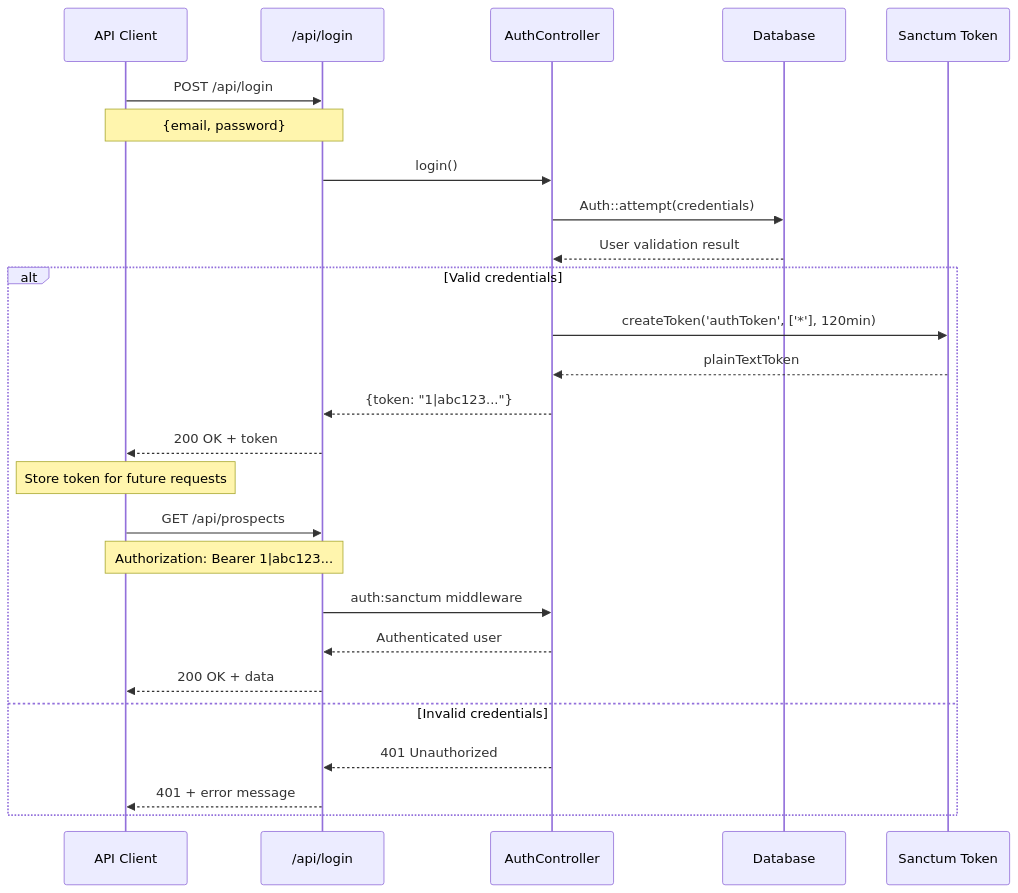
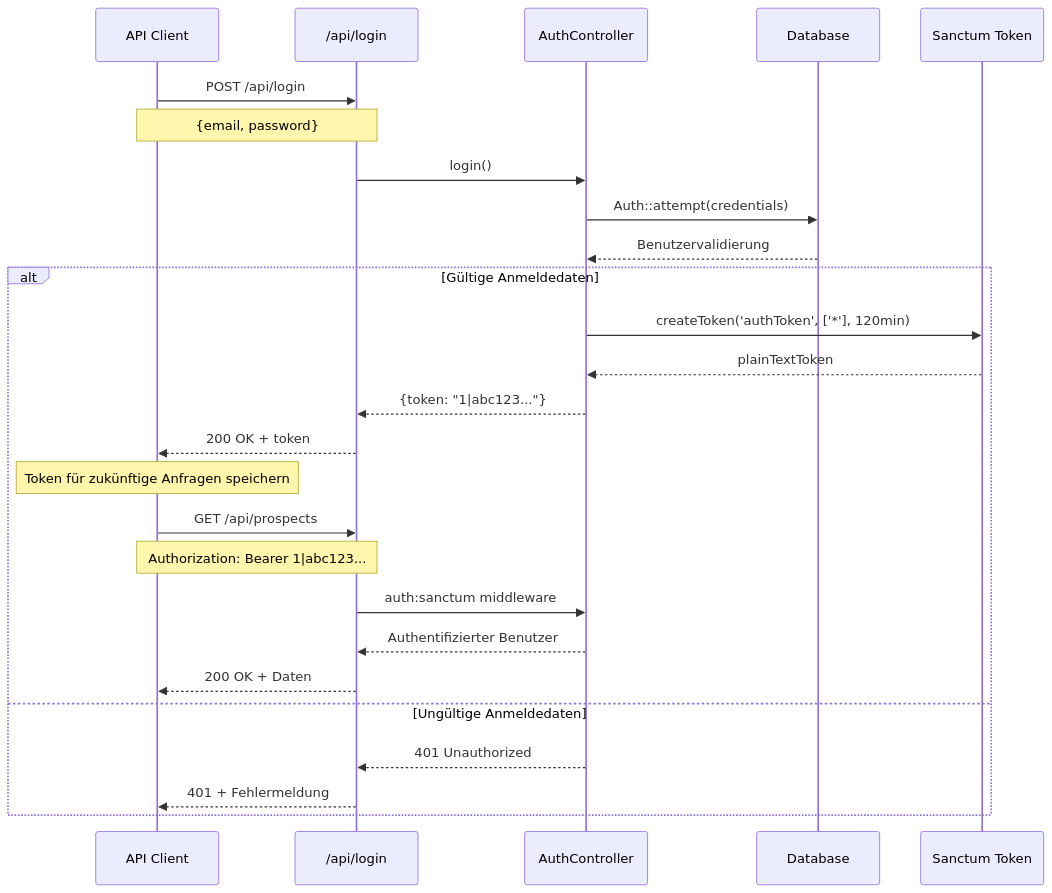
Before and after one commit to chrisoco/APDE_BE: the first of 2 diagrams in docs/src/Auth.md, drawn with Mermaid. The commit also changed other lines of this file and 14 other files, not shown here.

````diff
--- a/docs/src/Auth.md
+++ b/docs/src/Auth.md
@@ -15,32 +15,32 @@
 ```mermaid
 sequenceDiagram
     participant Client as API Client
     participant API as /api/login
     participant Auth as AuthController
     participant DB as Database
     participant Token as Sanctum Token
 
     Client->>API: POST /api/login
     Note over Client,API: {email, password}
-    
+
     API->>Auth: login()
     Auth->>DB: Auth::attempt(credentials)
-    DB-->>Auth: User validation result
-    
-    alt Valid credentials
+    DB-->>Auth: Benutzervalidierung
+
+    alt Gültige Anmeldedaten
         Auth->>Token: createToken('authToken', ['*'], 120min)
         Token-->>Auth: plainTextToken
         Auth-->>API: {token: "1|abc123..."}
         API-->>Client: 200 OK + token
-        Note over Client: Store token for future requests
-        
+        Note over Client: Token für zukünftige Anfragen speichern
+
         Client->>API: GET /api/prospects
         Note over Client,API: Authorization: Bearer 1|abc123...
         API->>Auth: auth:sanctum middleware
-        Auth-->>API: Authenticated user
-        API-->>Client: 200 OK + data
-    else Invalid credentials
+        Auth-->>API: Authentifizierter Benutzer
+        API-->>Client: 200 OK + Daten
+    else Ungültige Anmeldedaten
         Auth-->>API: 401 Unauthorized
-        API-->>Client: 401 + error message
+        API-->>Client: 401 + Fehlermeldung
     end
 ```
````
